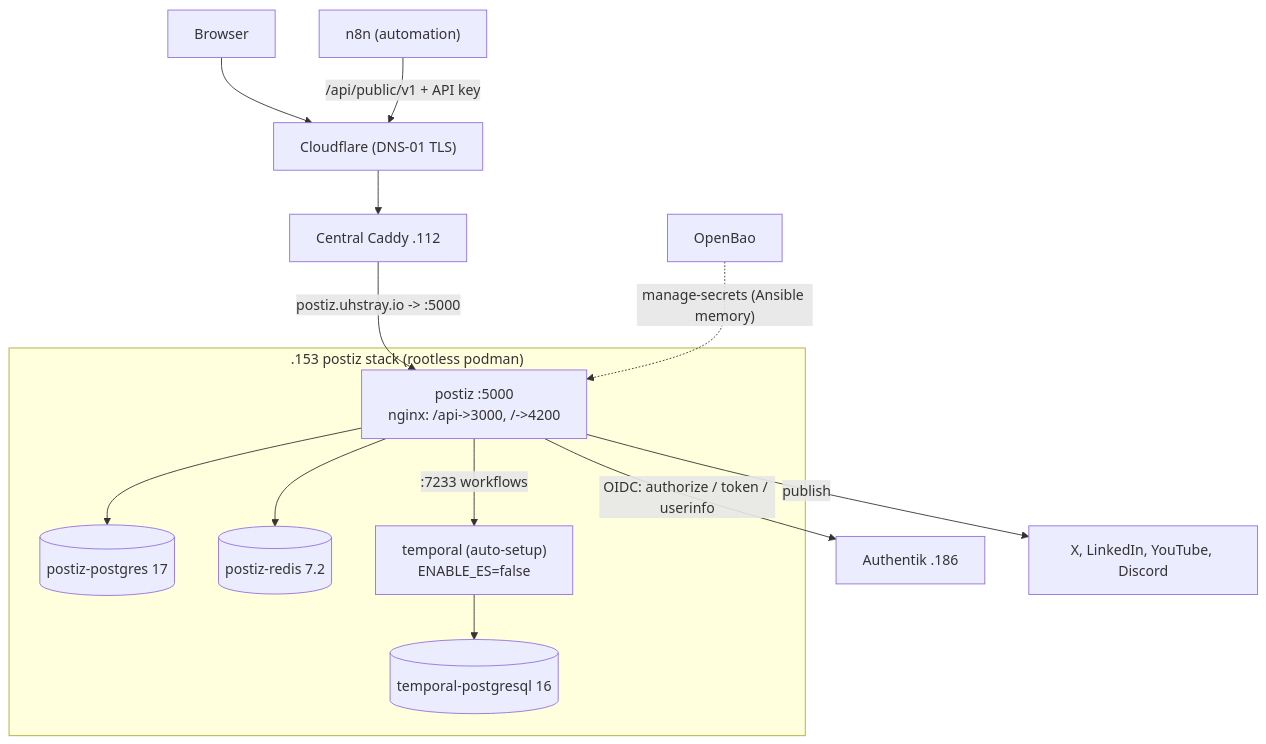
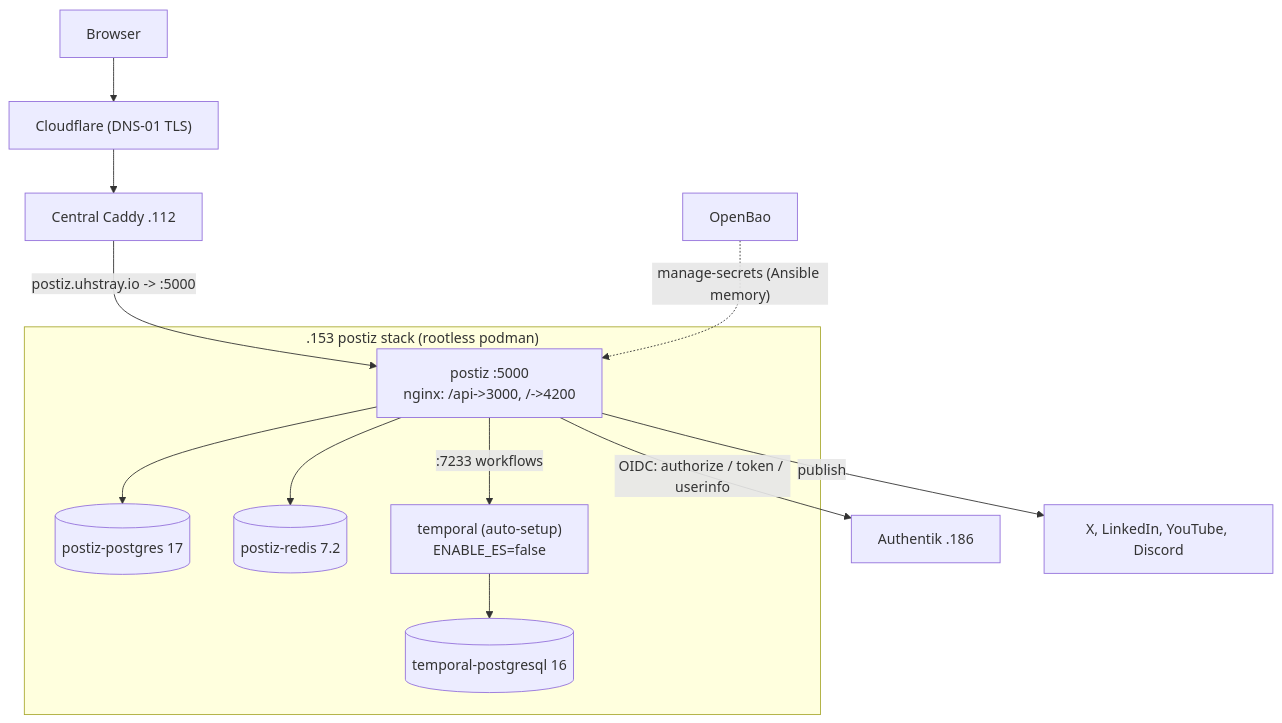
Before and after one commit to uhstray-io/agent-cloud: the diagram in plan/development/14-postiz-social-publishing.md, drawn with Mermaid. The commit also changed other lines of this file and 16 other files, not shown here.

````diff
--- a/plan/development/14-postiz-social-publishing.md
+++ b/plan/development/14-postiz-social-publishing.md
@@ -41,19 +40,18 @@
 ```mermaid
 flowchart TD
     U["Browser"] --> CF["Cloudflare (DNS-01 TLS)"]
-    N8N["n8n (automation)"] -->|"/api/public/v1 + API key"| CF
     CF --> CAD["Central Caddy .112"]
     CAD -->|"postiz.uhstray.io -> :5000"| PZ
 
     subgraph VM[".153 postiz stack (rootless podman)"]
         PZ["postiz :5000<br/>nginx: /api-&gt;3000, /-&gt;4200"]
         PZ --> PG[("postiz-postgres 17")]
         PZ --> RD[("postiz-redis 7.2")]
         PZ -->|":7233 workflows"| TMP["temporal (auto-setup)<br/>ENABLE_ES=false"]
         TMP --> TPG[("temporal-postgresql 16")]
     end
 
     PZ -->|"OIDC: authorize / token / userinfo"| AK["Authentik .186"]
     PZ -->|"publish"| SOC["X, LinkedIn, YouTube, Discord"]
     BAO["OpenBao"] -.->|"manage-secrets (Ansible memory)"| PZ
 ```
````
